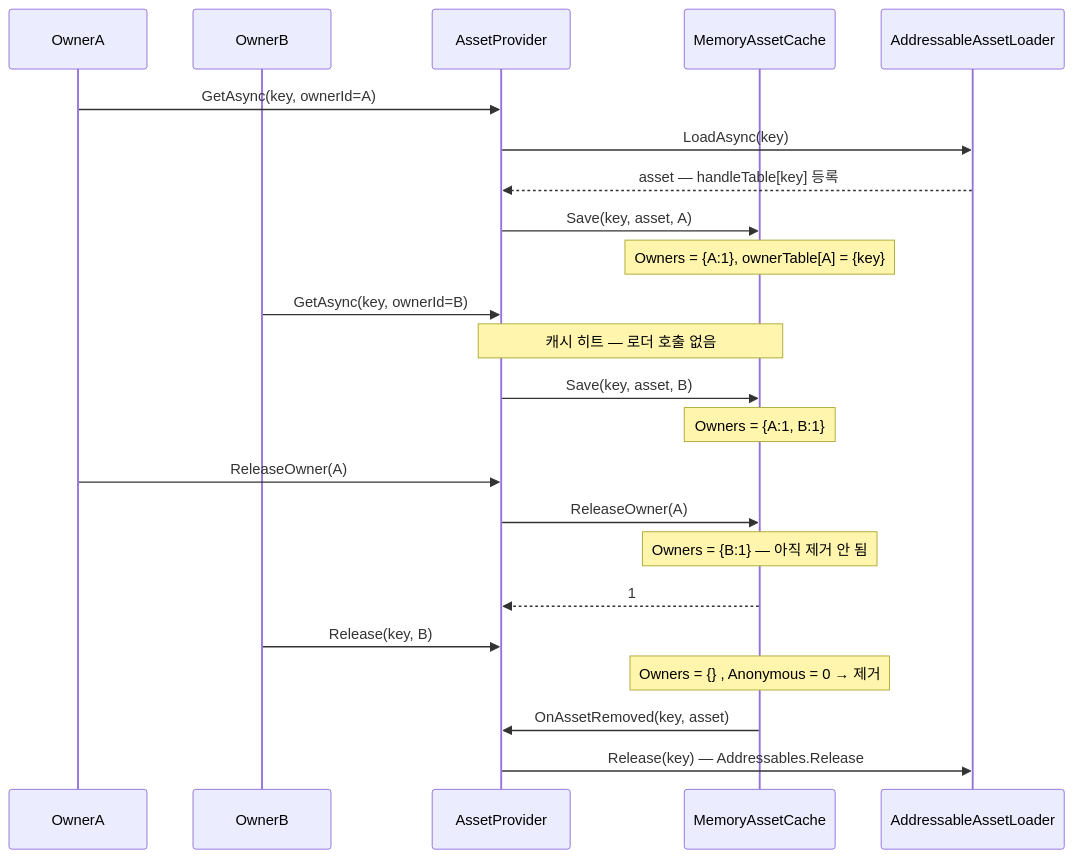
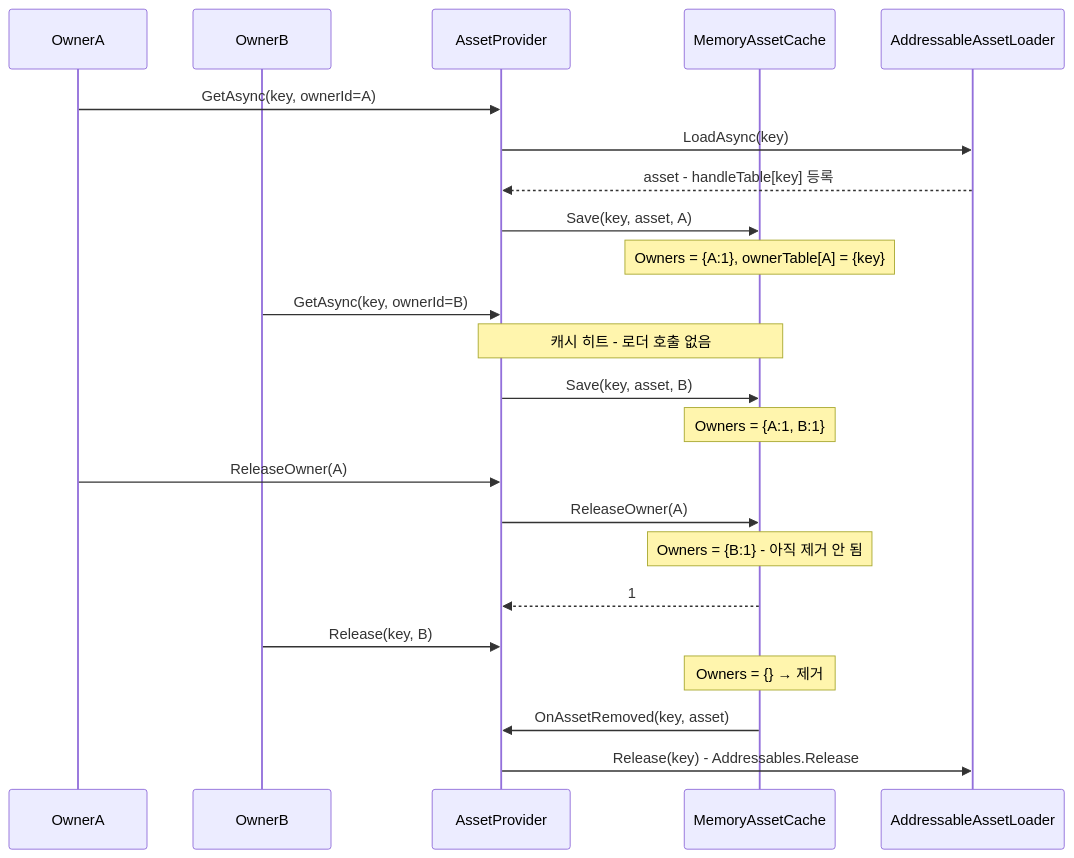
One commit to HoHong123/HCUP-Unity changed the third of 3 diagrams in HResource/docs/Cache.md. Above: the diagram before and after it, drawn with Mermaid. The commit also changed other lines of this file, not shown here.

````diff
--- a/HResource/docs/Cache.md
+++ b/HResource/docs/Cache.md
@@ -101,29 +105,29 @@
 ```mermaid
 sequenceDiagram
     participant A as OwnerA
     participant B as OwnerB
     participant P as AssetProvider
     participant M as MemoryAssetCache
     participant L as AddressableAssetLoader
 
     A->>P: GetAsync(key, ownerId=A)
     P->>L: LoadAsync(key)
-    L-->>P: asset — handleTable[key] 등록
+    L-->>P: asset - handleTable[key] 등록
     P->>M: Save(key, asset, A)
     Note over M: Owners = {A:1}, ownerTable[A] = {key}
 
     B->>P: GetAsync(key, ownerId=B)
-    Note over P,M: 캐시 히트 — 로더 호출 없음
+    Note over P,M: 캐시 히트 - 로더 호출 없음
     P->>M: Save(key, asset, B)
     Note over M: Owners = {A:1, B:1}
 
     A->>P: ReleaseOwner(A)
     P->>M: ReleaseOwner(A)
-    Note over M: Owners = {B:1} — 아직 제거 안 됨
+    Note over M: Owners = {B:1} - 아직 제거 안 됨
     M-->>P: 1
 
     B->>P: Release(key, B)
-    Note over M: Owners = {} , Anonymous = 0 → 제거
+    Note over M: Owners = {} → 제거
     M->>P: OnAssetRemoved(key, asset)
-    P->>L: Release(key) — Addressables.Release
+    P->>L: Release(key) - Addressables.Release
 ```
````
